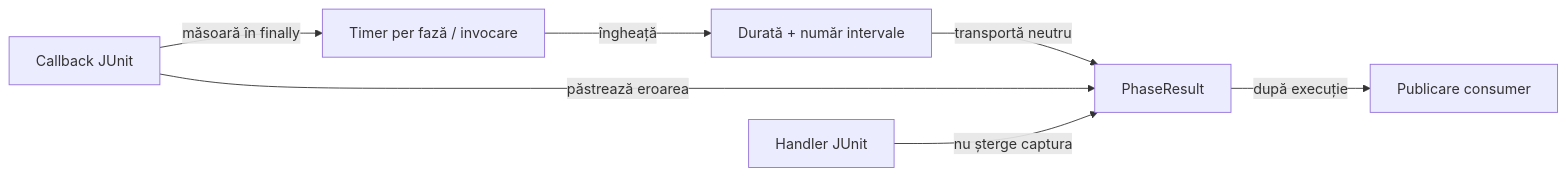
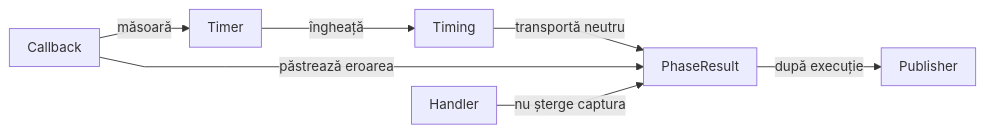
Before and after one commit to crististefanita/atf_j0: the third of 3 diagrams in atf-test-kit/README.md, drawn with Mermaid. The commit also changed other lines of this file and 97 other files, not shown here.

````diff
--- a/atf-test-kit/README.md
+++ b/atf-test-kit/README.md
@@ -186,9 +188,10 @@
 ```mermaid
+%%{init: {"themeVariables":{"fontSize":"15px"},"themeCSS":".nodeLabel, .nodeLabel p { font-size: 15px !important; line-height: 1.35 !important; } .edgeLabel, .edgeLabel p { font-size: 12px !important; font-weight: 400 !important; line-height: 1.2 !important; } .edgeLabel .labelBkg, .edgeLabel p { background: transparent !important; } .edgeLabel foreignObject { transform: translateY(-28px); overflow: visible; } .node rect { rx: 6px; ry: 6px; }","flowchart":{"curve":"linear","nodeSpacing":24,"rankSpacing":40,"padding":10,"diagramPadding":24}}}%%
 flowchart LR
-    Invoke["Callback JUnit"] -->|măsoară în finally| Timer["Timer per fază / invocare"]
-    Timer -->|îngheață| Snapshot["Durată + număr intervale"]
+    Invoke["Callback"] -->|măsoară| Timer["Timer"]
+    Timer -->|îngheață| Snapshot["Timing"]
     Snapshot -->|transportă neutru| Result["PhaseResult"]
-    Result -->|după execuție| Publisher["Publicare consumer"]
+    Result -->|după execuție| Publisher["Publisher"]
     Invoke -->|păstrează eroarea| Result
-    Handler["Handler JUnit"] -->|nu șterge captura| Result
+    Handler["Handler"] -->|nu șterge captura| Result
 ```
````
